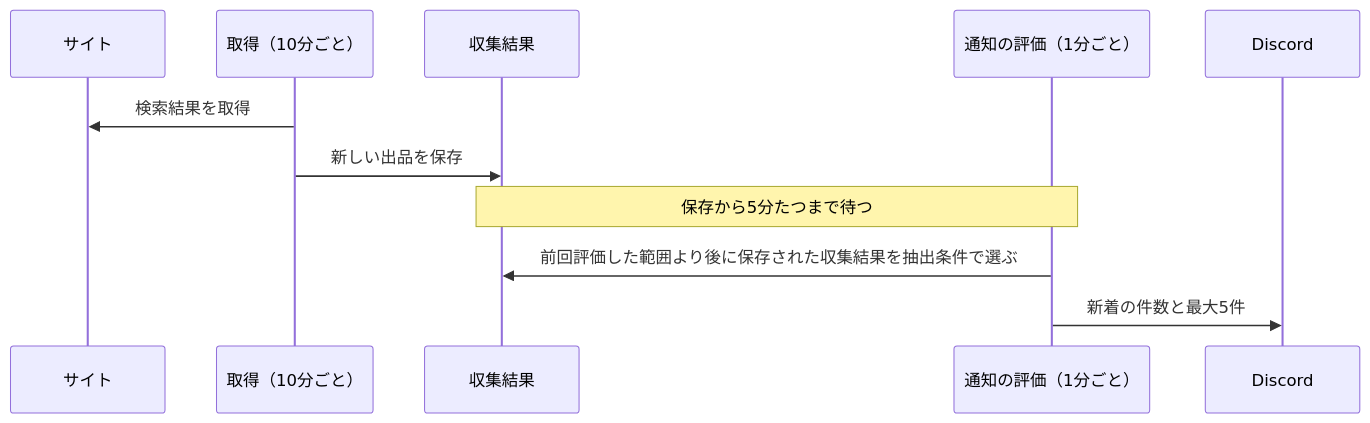
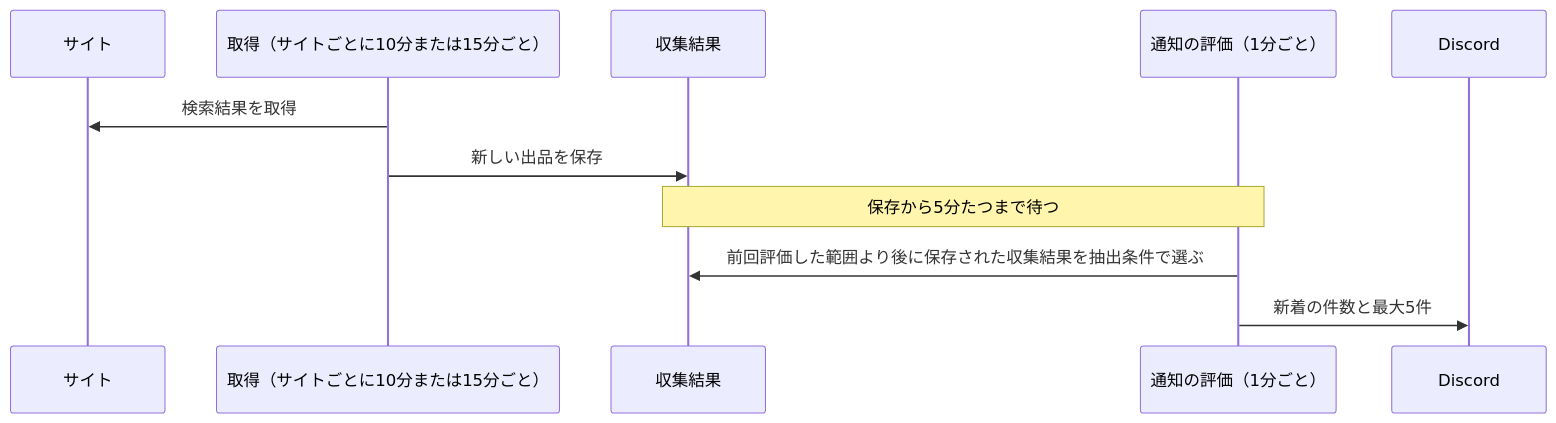
The second of 2 diagrams in docs/features/product-monitoring/operations.md (kuroweb/price-monitoring), drawn with Mermaid before and after one commit. The commit also changed other lines of this file and 4 other files, not shown here.

````diff
--- a/docs/features/product-monitoring/operations.md
+++ b/docs/features/product-monitoring/operations.md
@@ -88,13 +88,13 @@
 ```mermaid
 sequenceDiagram
     participant site as サイト
-    participant crawl as 取得（10分ごと）
+    participant crawl as 取得（サイトごとに10分または15分ごと）
     participant db as 収集結果
     participant eval as 通知の評価（1分ごと）
     participant discord as Discord
     crawl->>site: 検索結果を取得
     crawl->>db: 新しい出品を保存
     Note over db,eval: 保存から5分たつまで待つ
     eval->>db: 前回評価した範囲より後に保存された収集結果を抽出条件で選ぶ
     eval->>discord: 新着の件数と最大5件
 ```
````
